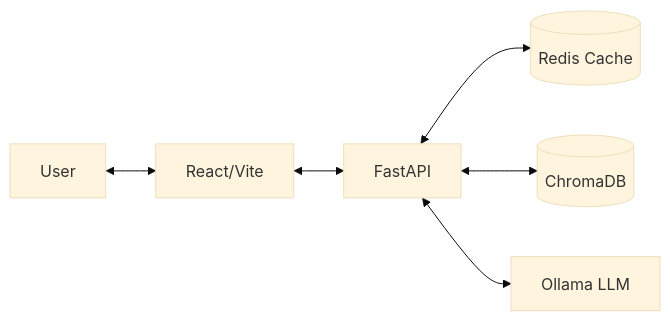
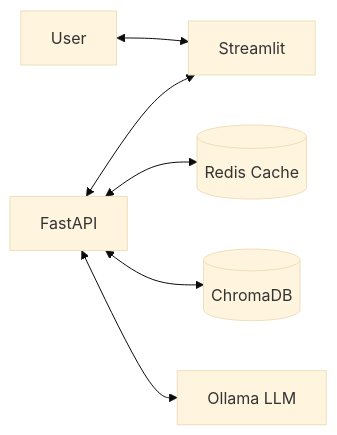
One commit to Piyu242005/RAG-SQL-Python-Assistant changed the diagram in ARCHITECTURE.md. Above: the diagram before and after it, drawn with Mermaid (base theme). The commit also changed 60 other files, not shown here.

Commit message:
feat(streamlit-ui): ✨ add premium production-ready RAG frontend architecture

````diff
--- a/ARCHITECTURE.md
+++ b/ARCHITECTURE.md
@@ -11,8 +11,8 @@
 ```mermaid
 graph LR
-    User[User] <--> Frontend[React/Vite]
-    Frontend <--> Backend[FastAPI]
+    User[User] <--> Frontend[Streamlit]
+    Backend[FastAPI] <--> Frontend
     Backend <--> Redis[(Redis Cache)]
     Backend <--> Vector[(ChromaDB)]
     Backend <--> Ollama[Ollama LLM]
 ```
````
